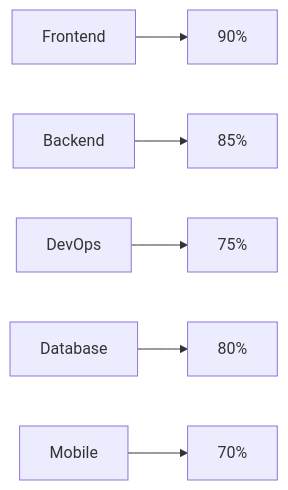
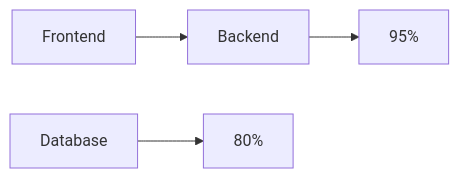
The third of 3 diagrams in README.md (Emtiaz-ahmed-13/Emtiaz-ahmed-13), drawn with Mermaid before and after one commit.

````diff
--- a/README.md
+++ b/README.md
@@ -190,8 +190,6 @@
 ```mermaid
 graph LR
-    A[Frontend] --> B[90%]
-    C[Backend] --> D[85%]
-    E[DevOps] --> F[75%]
-    G[Database] --> H[80%]
-    I[Mobile] --> J[70%]
+    A[Frontend] --> B[80%]
+    B[Backend] --> D[95%]
+    C[Database] --> H[80%]
 ```
````
